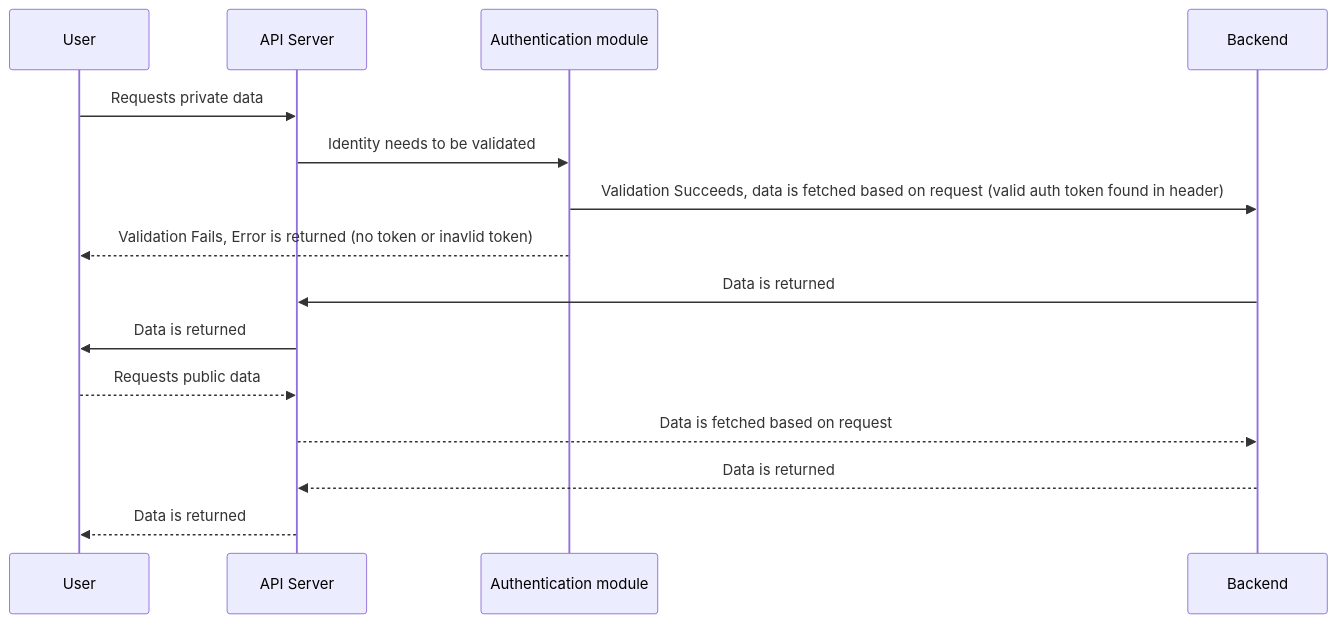
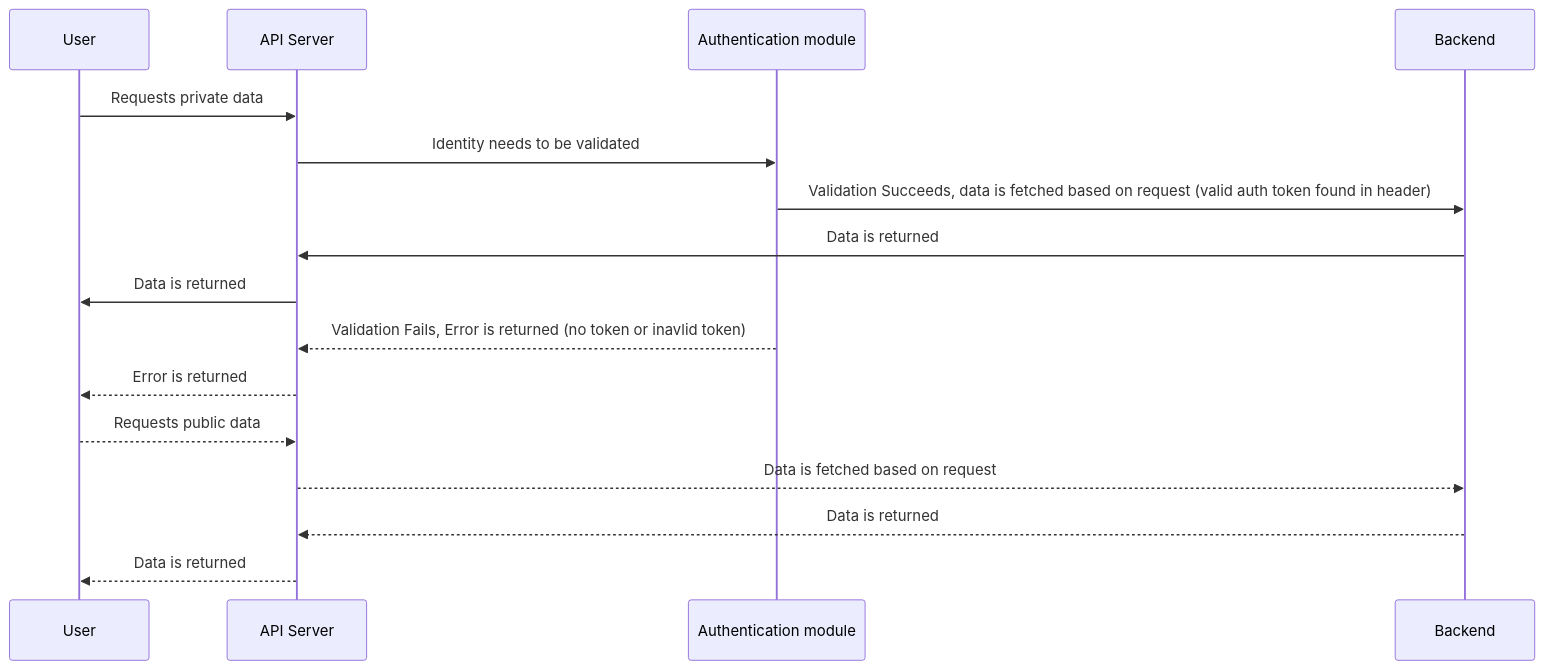
The seventh of 8 diagrams in documentation/design.md (csci265-team/HiddenFrame), drawn with Mermaid before and after one commit.

Commit message:
add api back to cycle

````diff
--- a/documentation/design.md
+++ b/documentation/design.md
@@ -339,22 +339,25 @@
 ```mermaid
 ---
 Title: Route authentication flow
 ---
 sequenceDiagram
     participant User
     participant API Server
     participant Authentication module
     participant Backend
 
     User->>API Server: Requests private data
     API Server->>Authentication module: Identity needs to be validated
     Authentication module->>Backend: Validation Succeeds, data is fetched based on request (valid auth token found in header)
-    Authentication module-->>User: Validation Fails, Error is returned (no token or inavlid token)
     Backend->>API Server: Data is returned
     API Server->>User: Data is returned
+
+    Authentication module-->>API Server: Validation Fails, Error is returned (no token or inavlid token)
+    API Server-->>User: Error is returned
+
 
     User-->>API Server: Requests public data
     API Server-->>Backend: Data is fetched based on request
     Backend-->>API Server: Data is returned
     API Server-->>User: Data is returned
 ```
````
